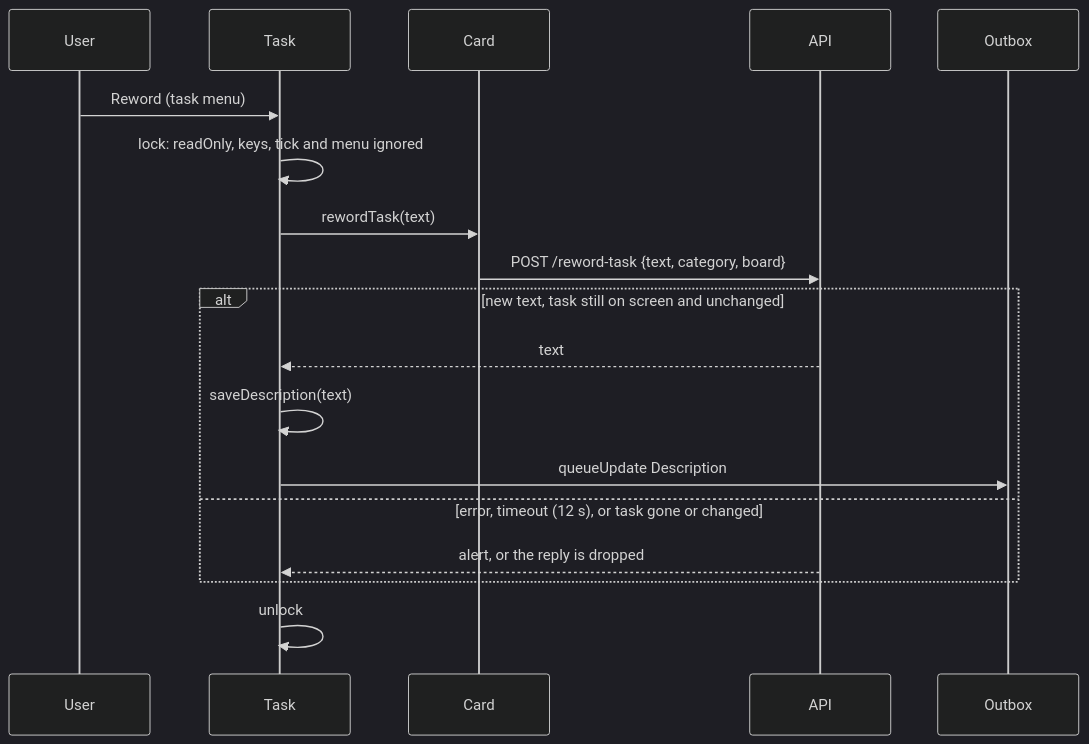
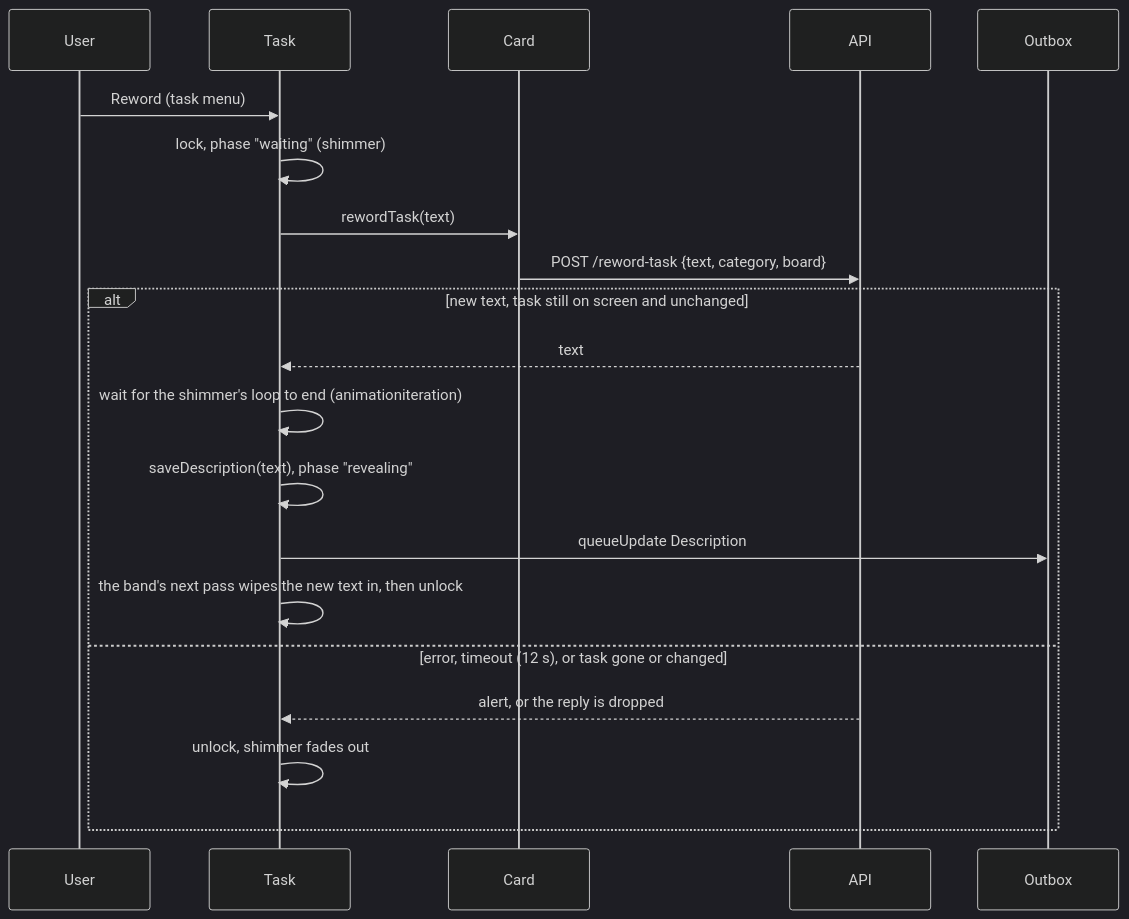
One commit to TomBenjaminMorris/listpal-frontend changed the eighth of 11 diagrams in ARCHITECTURE.md. Above: the diagram before and after it, drawn with Mermaid (dark theme). The commit also changed other lines of this file and 3 other files, not shown here.

````diff
--- a/ARCHITECTURE.md
+++ b/ARCHITECTURE.md
@@ -351,21 +351,23 @@
 ```mermaid
 sequenceDiagram
     participant U as User
     participant T as Task
     participant C as Card
     participant A as API
     participant O as Outbox
 
     U->>T: Reword (task menu)
-    T->>T: lock: readOnly, keys, tick and menu ignored
+    T->>T: lock, phase "waiting" (shimmer)
     T->>C: rewordTask(text)
     C->>A: POST /reword-task {text, category, board}
     alt new text, task still on screen and unchanged
         A-->>T: text
-        T->>T: saveDescription(text)
+        T->>T: wait for the shimmer's loop to end (animationiteration)
+        T->>T: saveDescription(text), phase "revealing"
         T->>O: queueUpdate Description
+        T->>T: the band's next pass wipes the new text in, then unlock
     else error, timeout (12 s), or task gone or changed
         A-->>T: alert, or the reply is dropped
+        T->>T: unlock, shimmer fades out
     end
-    T->>T: unlock
 ```
````
